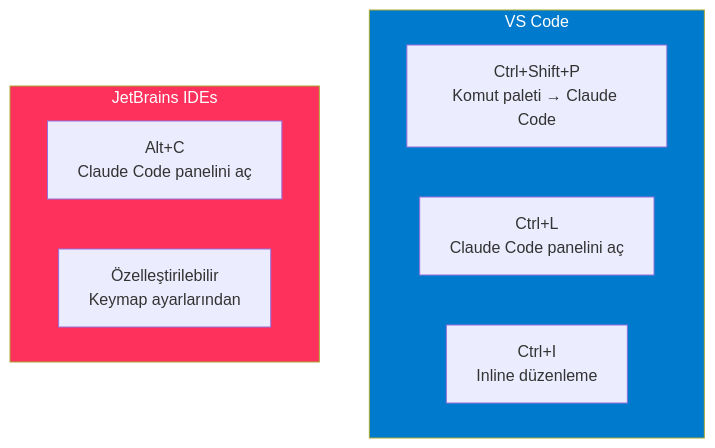
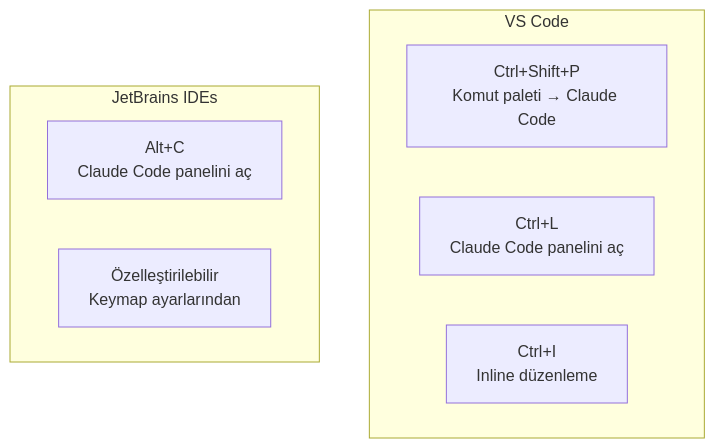
Before and after one commit to IzzetYasinAtes/ClaudeCodeHandbook: the fourth of 4 diagrams in 17-konfigurasyon/07-klavye-kisayollari.md, drawn with Mermaid. The commit also changed other lines of this file and 97 other files, not shown here.

Commit message:
Remove all custom Mermaid style/fill colors from 98 markdown files for consistent dark theme rendering

````diff
--- a/17-konfigurasyon/07-klavye-kisayollari.md
+++ b/17-konfigurasyon/07-klavye-kisayollari.md
@@ -157,16 +147,14 @@
 ```mermaid
 flowchart TD
     subgraph vscode ["VS Code"]
         V1["Ctrl+Shift+P<br/>Komut paleti → Claude Code"]
         V2["Ctrl+L<br/>Claude Code panelini aç"]
         V3["Ctrl+I<br/>Inline düzenleme"]
     end
 
     subgraph jetbrains ["JetBrains IDEs"]
         J1["Alt+C<br/>Claude Code panelini aç"]
         J2["Özelleştirilebilir<br/>Keymap ayarlarından"]
     end
 
-    style vscode fill:#007ACC,color:#fff
-    style jetbrains fill:#FE315D,color:#fff
 ```
````
